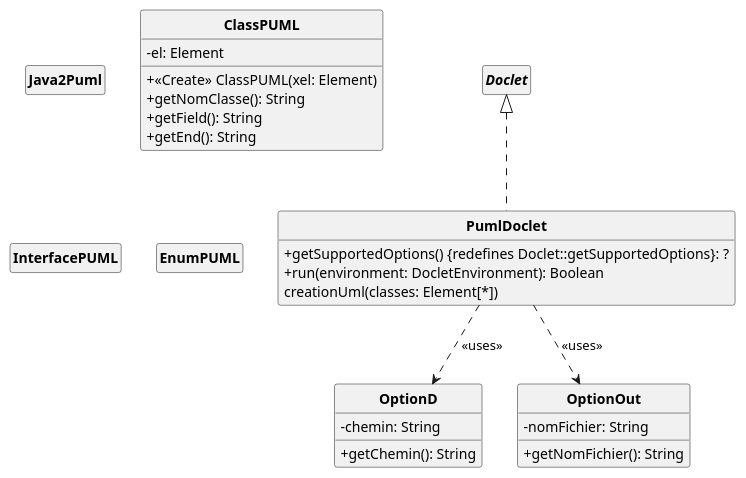
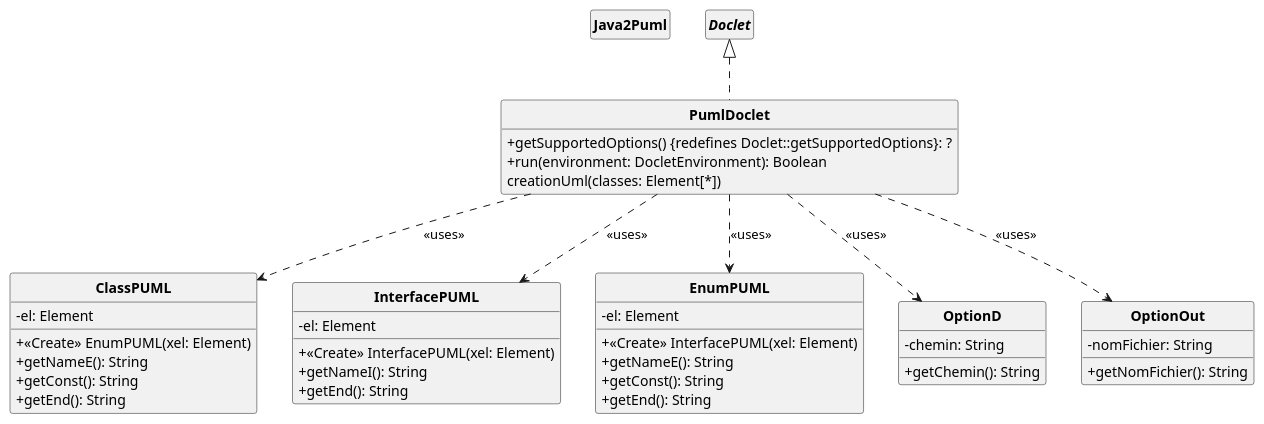
Before and after one commit to SylvainSchaefer/Java-to-PUML: the diagram in src/pumlFromJava/DCC_pumlFromJava.puml, drawn with PlantUML. The commit also changed 1 other file, not shown here.

Commit message:
Sylvain : Ajout DCC_pumlFromJava.puml et DCC_Java_Language_API.puml

```diff
--- a/src/pumlFromJava/DCC_pumlFromJava.puml
+++ b/src/pumlFromJava/DCC_pumlFromJava.puml
@@ -1,62 +1,73 @@
 @startuml
 'https://plantuml.com/sequence-diagram
 skinparam style strictuml
 skinparam classAttributeIconSize 0
 skinparam classFontStyle Bold
 hide empty members
 
 
 
 class Java2Puml
 {
 }
 
 
 class ClassPUML
 {
     -el: Element
-    +<<Create>> ClassPUML(xel: Element)
-    +getNomClasse(): String
-    +getField(): String
+    +<<Create>> EnumPUML(xel: Element)
+    +getNameE(): String
+    +getConst(): String
     +getEnd(): String
 }
 
 
 class InterfacePUML
 {
+    -el: Element
+    +<<Create>> InterfacePUML(xel: Element)
+    +getNameI(): String
+    +getEnd(): String
 }
 
 
 class EnumPUML
 {
+    -el: Element
+    +<<Create>> InterfacePUML(xel: Element)
+    +getNameE(): String
+    +getConst(): String
+    +getEnd(): String
 }
 
 
 
 class PumlDoclet implements Doclet
 {
     +getSupportedOptions() {redefines Doclet::getSupportedOptions}: ?
     +run(environment: DocletEnvironment): Boolean
     creationUml(classes: Element[*])
 }
 
 
 class OptionD implements Doclet.Option
 {
     -chemin: String
     +getChemin(): String
 }
 
 
 class OptionOut implements Doclet.Option
 {
     -nomFichier: String
     +getNomFichier(): String
 }
 
-
+PumlDoclet  ..>  ClassPUML: <<uses>>
+PumlDoclet  ..>  InterfacePUML: <<uses>>
+PumlDoclet  ..>  EnumPUML: <<uses>>
 
 PumlDoclet  ..>  OptionD: <<uses>>
 PumlDoclet  ..>  OptionOut: <<uses>>
 
 @enduml
```
